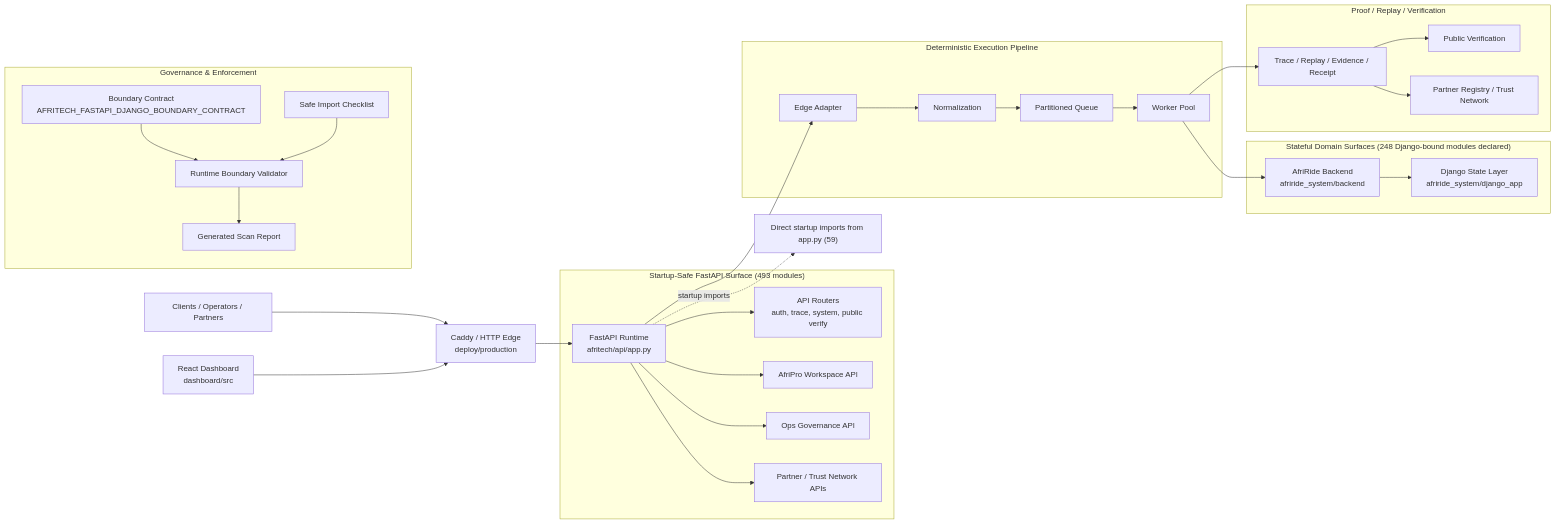
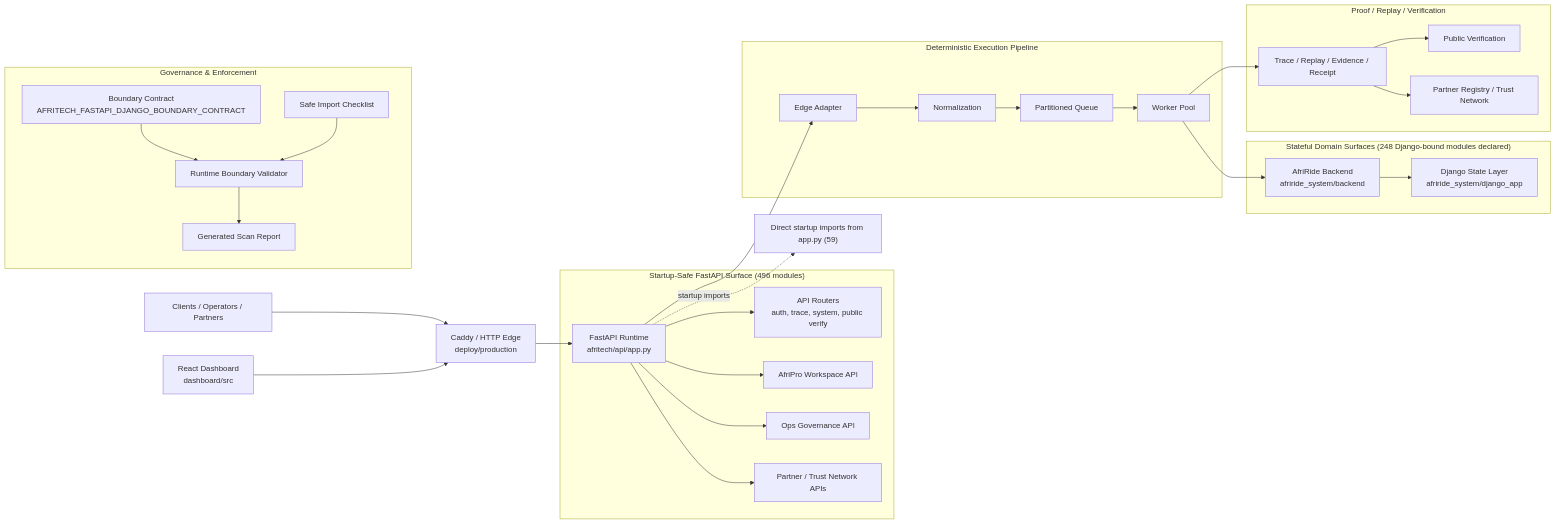
The first of 2 diagrams in docs/architecture/AFRITECH_FULL_ARCHITECTURE_GRAPH.md (Strelly2023/afritelematics), drawn with Mermaid before and after one commit. The commit also changed other lines of this file and 8 other files, not shown here.

````diff
--- a/docs/architecture/AFRITECH_FULL_ARCHITECTURE_GRAPH.md
+++ b/docs/architecture/AFRITECH_FULL_ARCHITECTURE_GRAPH.md
@@ -22,39 +22,39 @@
 ```mermaid
 flowchart LR
     Client["Clients / Operators / Partners"] --> Edge["Caddy / HTTP Edge\ndeploy/production"]
     Dashboard["React Dashboard\ndashboard/src"] --> Edge
     Edge --> App["FastAPI Runtime\nafritech/api/app.py"]
 
-    subgraph FastAPI["Startup-Safe FastAPI Surface (493 modules)"]
+    subgraph FastAPI["Startup-Safe FastAPI Surface (496 modules)"]
         App --> Api["API Routers\nauth, trace, system, public verify"]
         App --> Workspace["AfriPro Workspace API"]
         App --> Governance["Ops Governance API"]
         App --> Trust["Partner / Trust Network APIs"]
     end
 
     subgraph Pipeline["Deterministic Execution Pipeline"]
         App --> Adapt["Edge Adapter"]
         Adapt --> Normalize["Normalization"]
         Normalize --> Queue["Partitioned Queue"]
         Queue --> Worker["Worker Pool"]
     end
 
     subgraph State["Stateful Domain Surfaces (248 Django-bound modules declared)"]
         Worker --> Domain["AfriRide Backend\nafriride_system/backend"]
         Domain --> Django["Django State Layer\nafriride_system/django_app"]
     end
 
     subgraph Proof["Proof / Replay / Verification"]
         Worker --> Trace["Trace / Replay / Evidence / Receipt"]
         Trace --> Public["Public Verification"]
         Trace --> Registry["Partner Registry / Trust Network"]
     end
 
     subgraph GovernancePlane["Governance & Enforcement"]
         Contract["Boundary Contract\nAFRITECH_FASTAPI_DJANGO_BOUNDARY_CONTRACT"] --> Validator["Runtime Boundary Validator"]
         Checklist["Safe Import Checklist"] --> Validator
         Validator --> Review["Generated Scan Report"]
     end
 
     App -. startup imports .-> Imports["Direct startup imports from app.py (59)"]
 ```
````
